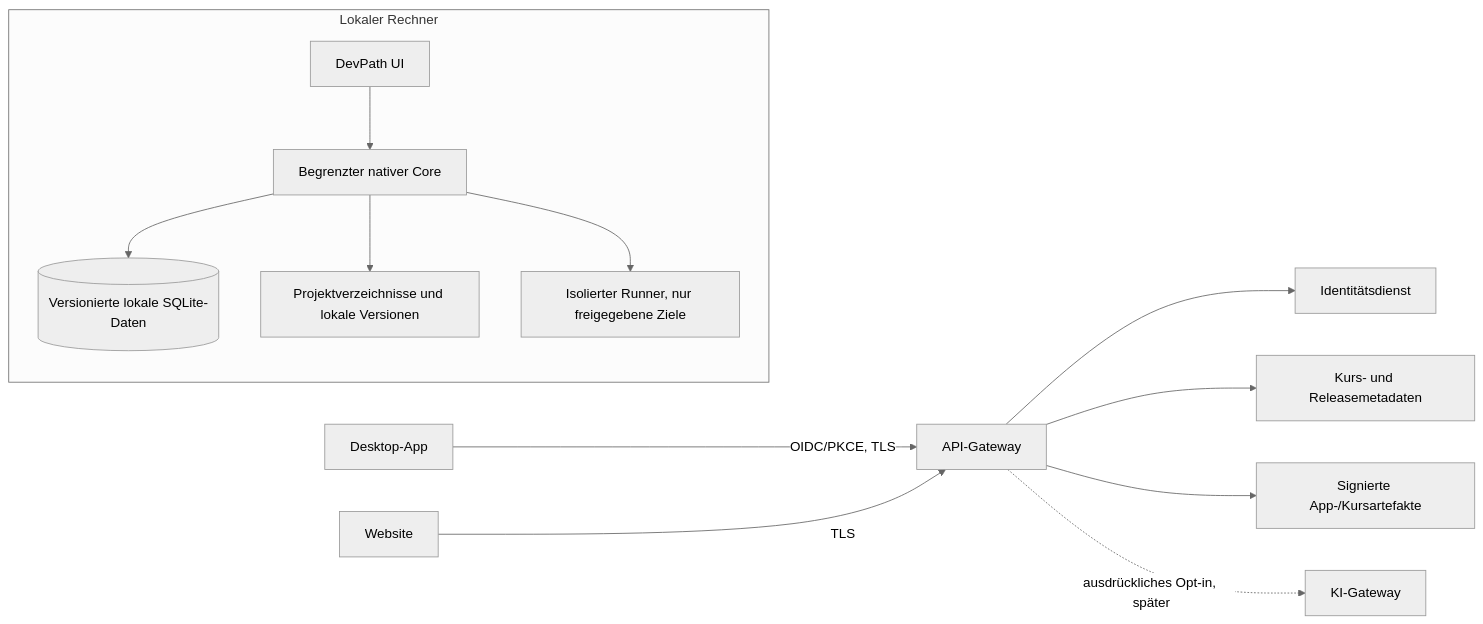
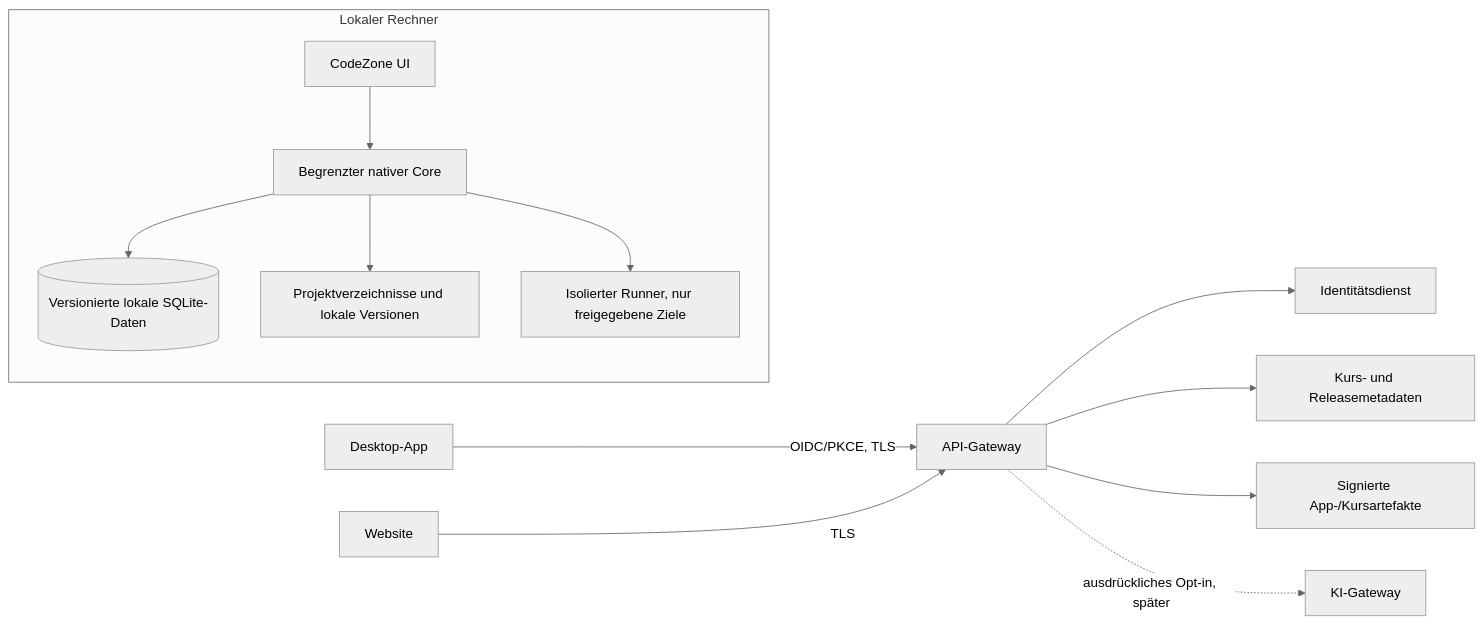
The first of 2 diagrams in DEVPATH_PHASE2_PLAN.md (leviwehner99-licon/devpath), drawn with Mermaid (neutral theme) before and after one commit. The commit also changed other lines of this file and 44 other files, not shown here.

Commit message:
Rebrand DevPath to CodeZone and improve auth feedback

````diff
--- a/DEVPATH_PHASE2_PLAN.md
+++ b/DEVPATH_PHASE2_PLAN.md
@@ -138,20 +138,20 @@
 ```mermaid
 flowchart LR
   subgraph PC[Lokaler Rechner]
-    UI[DevPath UI]
+    UI[CodeZone UI]
     CORE[Begrenzter nativer Core]
     DB[(Versionierte lokale SQLite-Daten)]
     PROJECT[Projektverzeichnisse und lokale Versionen]
     RUNNER[Isolierter Runner, nur freigegebene Ziele]
     UI --> CORE
     CORE --> DB
     CORE --> PROJECT
     CORE --> RUNNER
   end
   APP[Desktop-App] -->|OIDC/PKCE, TLS| API[API-Gateway]
   WEB[Website] -->|TLS| API
   API --> AUTH[Identitätsdienst]
   API --> CATALOG[Kurs- und Releasemetadaten]
   API --> CDN[Signierte App-/Kursartefakte]
   API -. ausdrückliches Opt-in, später .-> AI[KI-Gateway]
 ```
````
